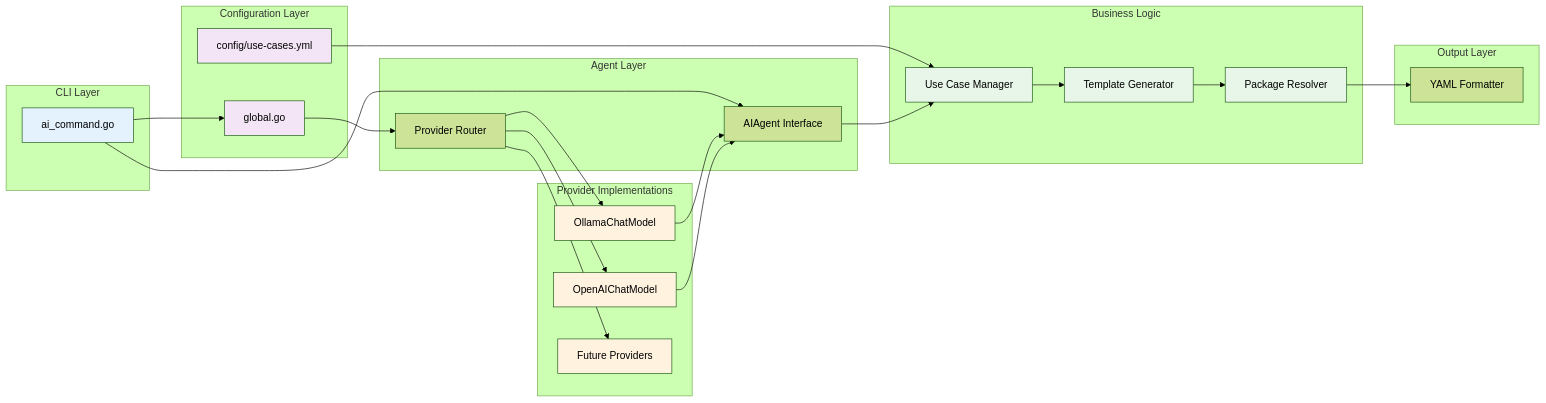
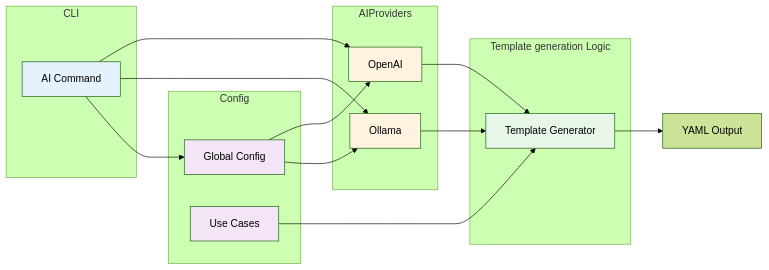
Before and after one commit to open-edge-platform/os-image-composer: the second of 3 diagrams in docs/architecture/os-oimage-composer-ai-asistant.md, drawn with Mermaid (forest theme). The commit also changed other lines of this file, not shown here.

````diff
--- a/docs/architecture/os-oimage-composer-ai-asistant.md
+++ b/docs/architecture/os-oimage-composer-ai-asistant.md
@@ -115,56 +123,40 @@
 ```mermaid
 graph LR
-    subgraph "CLI Layer"
-        A[ai_command.go]
+    subgraph "CLI"
+        A[AI Command]
     end
     
-    subgraph "Configuration Layer"
-        B[global.go]
-        C[config/use-cases.yml]
+    subgraph "Config"
+        B[Global Config]
+        C[Use Cases]
     end
     
-    subgraph "Agent Layer"
-        D[AIAgent Interface]
-        E[Provider Router]
+    subgraph "AIProviders"
+        D[Ollama]
+        E[OpenAI]
     end
     
-    subgraph "Provider Implementations"
-        F[OllamaChatModel]
-        G[OpenAIChatModel]
-        H[Future Providers]
-    end
-    
-    subgraph "Business Logic"
-        I[Use Case Manager]
-        J[Template Generator]
-        K[Package Resolver]
-    end
-    
-    subgraph "Output Layer"
-        L[YAML Formatter]
+    subgraph "Template generation Logic"
+        F[Template Generator]
     end
     
     A --> B
     A --> D
+    A --> E
+    B --> D
     B --> E
-    C --> I
+    C --> F
+    D --> F
     E --> F
-    E --> G
-    E --> H
-    F --> D
-    G --> D
-    D --> I
-    I --> J
-    J --> K
-    K --> L
+    F --> G[YAML Output]
     
     classDef cli fill:#e3f2fd
     classDef config fill:#f3e5f5
-    classDef provider fill:#fff3e0
+    classDef aiprovider fill:#fff3e0
     classDef logic fill:#e8f5e9
     
     class A cli
     class B,C config
-    class F,G,H provider
-    class I,J,K logic
+    class D,E aiprovider
+    class F logic
 ```
````
